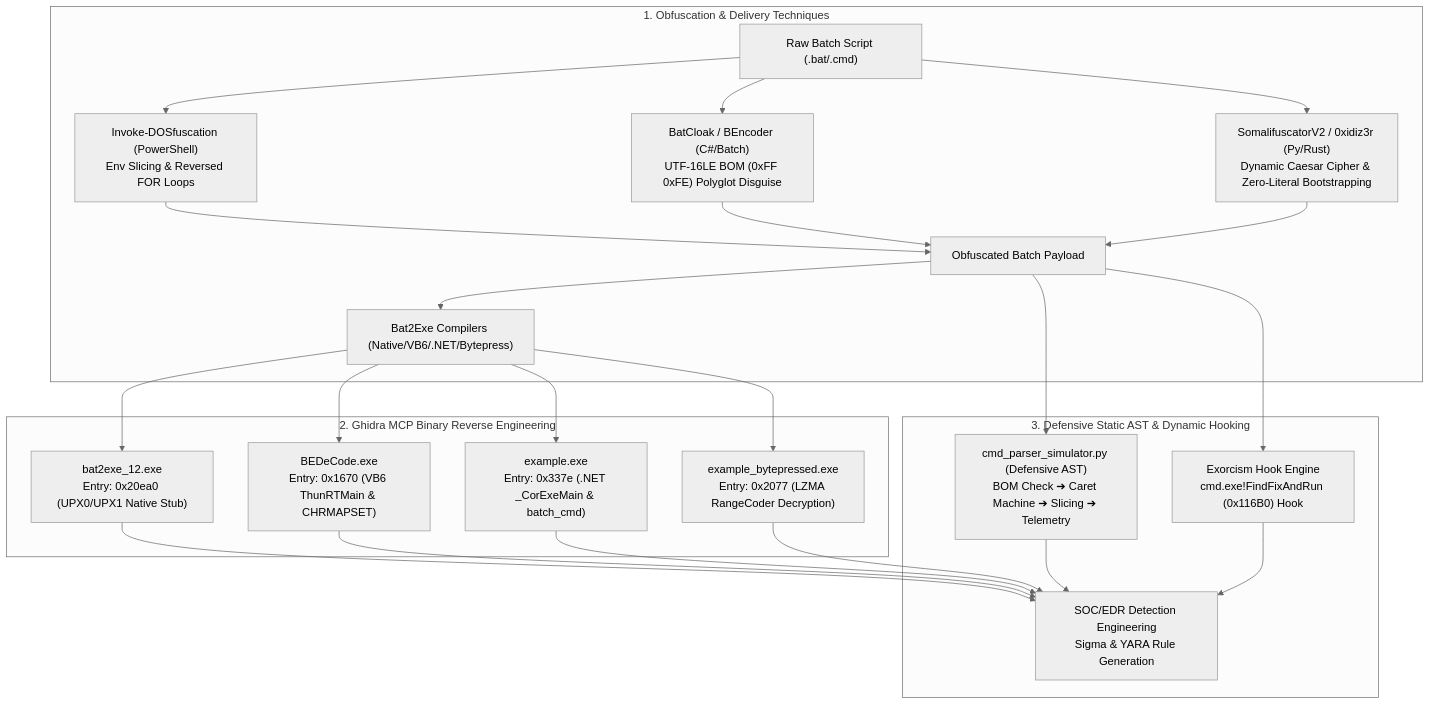
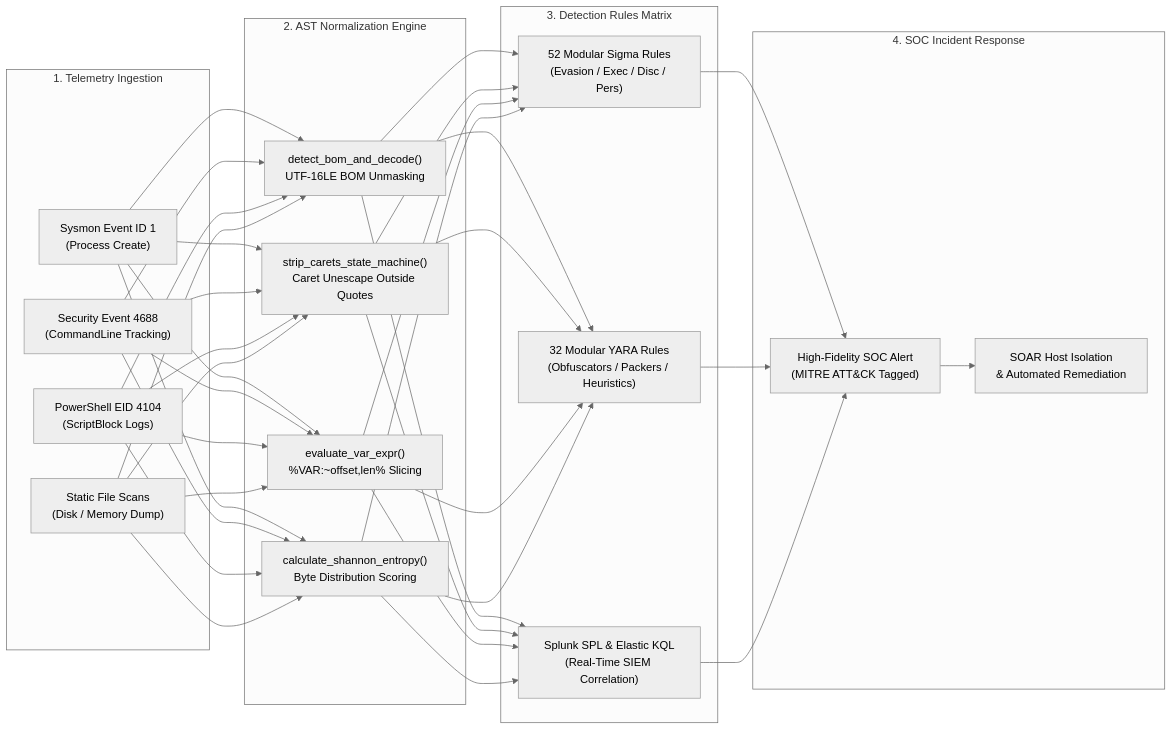
The diagram in README.md (maya-thorne/batch-forensics-and-ghidra-re), drawn with Mermaid (neutral theme) before and after one commit. The commit also changed other lines of this file and 94 other files, not shown here.

Commit message:
feat: complete enterprise blue-team detection engineering suite with 52 Sigma & 32 YARA rules

````diff
--- a/README.md
+++ b/README.md
@@ -57,23 +50,31 @@
 ```mermaid
-flowchart TD
-    subgraph "1. Obfuscation & Delivery Techniques"
-        RAW["Raw Batch Script (.bat/.cmd)"] --> T1["Invoke-DOSfuscation (PowerShell)\nEnv Slicing & Reversed FOR Loops"]
-        RAW --> T2["BatCloak / BEncoder (C#/Batch)\nUTF-16LE BOM (0xFF 0xFE) Polyglot Disguise"]
-        RAW --> T3["SomalifuscatorV2 / 0xidiz3r (Py/Rust)\nDynamic Caesar Cipher & Zero-Literal Bootstrapping"]
-        T1 & T2 & T3 --> OBF["Obfuscated Batch Payload"]
-        OBF --> PE["Bat2Exe Compilers (Native/VB6/.NET/Bytepress)"]
+flowchart LR
+    subgraph "1. Telemetry Ingestion"
+        E1["Sysmon Event ID 1\n(Process Create)"]
+        E2["Security Event 4688\n(CommandLine Tracking)"]
+        E3["PowerShell EID 4104\n(ScriptBlock Logs)"]
+        E4["Static File Scans\n(Disk / Memory Dump)"]
     end
 
-    subgraph "2. Ghidra MCP Binary Reverse Engineering"
-        PE --> G1["bat2exe_12.exe\nEntry: 0x20ea0 (UPX0/UPX1 Native Stub)"]
-        PE --> G2["BEDeCode.exe\nEntry: 0x1670 (VB6 ThunRTMain & CHRMAPSET)"]
-        PE --> G3["example.exe\nEntry: 0x337e (.NET _CorExeMain & batch_cmd)"]
-        PE --> G4["example_bytepressed.exe\nEntry: 0x2077 (LZMA RangeCoder Decryption)"]
+    subgraph "2. AST Normalization Engine"
+        N1["detect_bom_and_decode()\nUTF-16LE BOM Unmasking"]
+        N2["strip_carets_state_machine()\nCaret Unescape Outside Quotes"]
+        N3["evaluate_var_expr()\n%VAR:~offset,len% Slicing"]
+        N4["calculate_shannon_entropy()\nByte Distribution Scoring"]
     end
 
-    subgraph "3. Defensive Static AST & Dynamic Hooking"
-        OBF --> P1["cmd_parser_simulator.py (Defensive AST)\nBOM Check ➔ Caret Machine ➔ Slicing ➔ Telemetry"]
-        OBF --> D1["Exorcism Hook Engine\ncmd.exe!FindFixAndRun (0x116B0) Hook"]
-        P1 & G1 & G2 & G3 & G4 & D1 --> DET["SOC/EDR Detection Engineering\nSigma & YARA Rule Generation"]
+    subgraph "3. Detection Rules Matrix"
+        R1["52 Modular Sigma Rules\n(Evasion / Exec / Disc / Pers)"]
+        R2["32 Modular YARA Rules\n(Obfuscators / Packers / Heuristics)"]
+        R3["Splunk SPL & Elastic KQL\n(Real-Time SIEM Correlation)"]
     end
+
+    subgraph "4. SOC Incident Response"
+        A1["High-Fidelity SOC Alert\n(MITRE ATT&CK Tagged)"]
+        A2["SOAR Host Isolation\n& Automated Remediation"]
+    end
+
+    E1 & E2 & E3 & E4 --> N1 & N2 & N3 & N4
+    N1 & N2 & N3 & N4 --> R1 & R2 & R3
+    R1 & R2 & R3 --> A1 --> A2
 ```
````
